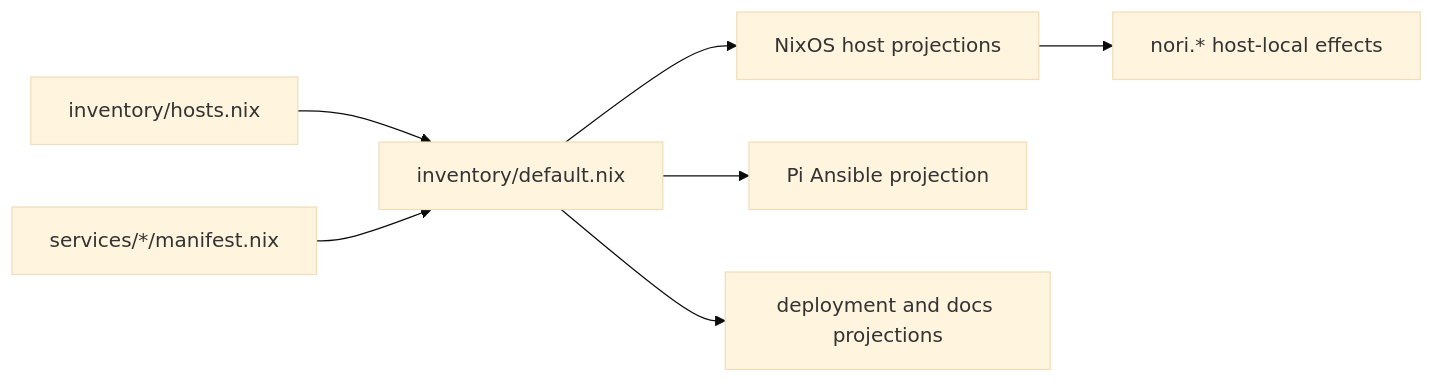
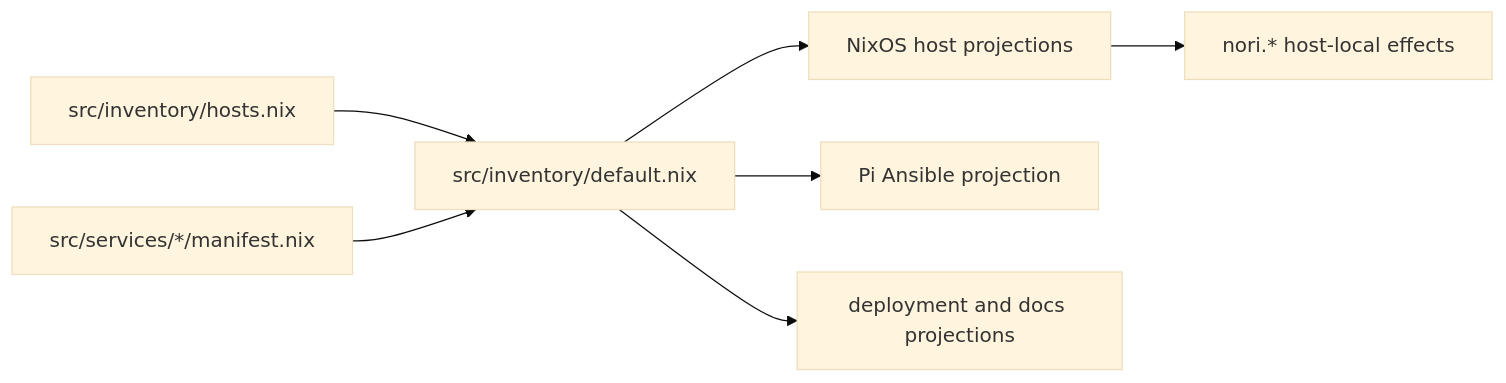
One commit to phibkro/homelab changed the diagram in docs/glossary.md. Above: the diagram before and after it, drawn with Mermaid (base theme). The commit also changed other lines of this file and 639 other files, not shown here.

````diff
--- a/docs/glossary.md
+++ b/docs/glossary.md
@@ -61,9 +61,9 @@
 ```mermaid
 flowchart LR
-  H["inventory/hosts.nix"] --> C["inventory/default.nix"]
-  M["services/*/manifest.nix"] --> C
+  H["src/inventory/hosts.nix"] --> C["src/inventory/default.nix"]
+  M["src/services/*/manifest.nix"] --> C
   C --> N["NixOS host projections"]
   C --> P["Pi Ansible projection"]
   C --> D["deployment and docs projections"]
   N --> E["nori.* host-local effects"]
 ```
````
